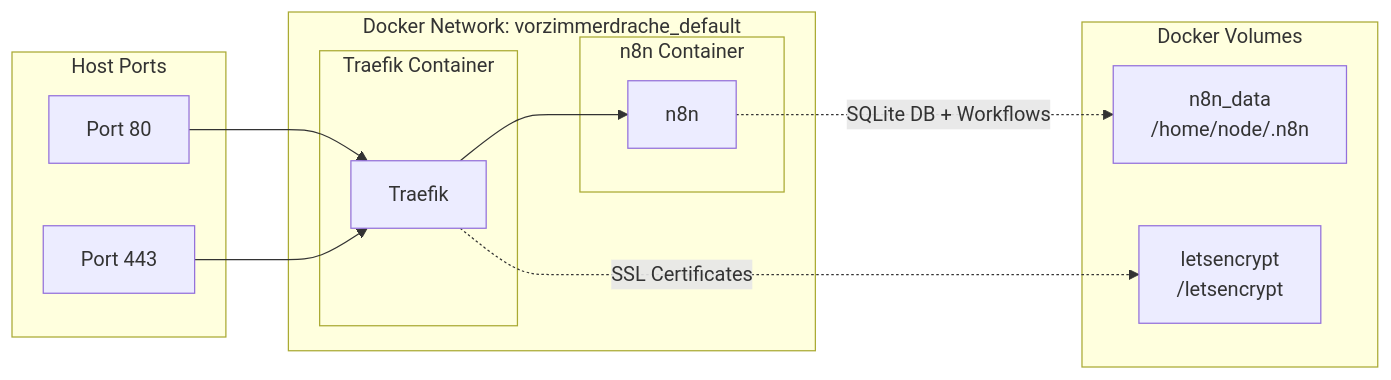
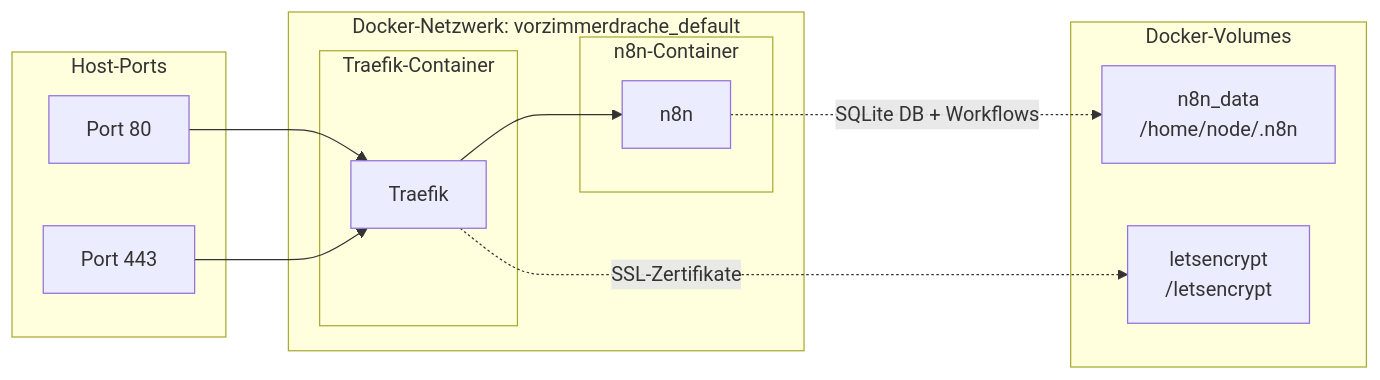
The second of 9 diagrams in ARCHITECTURE.md (avion23/meisteranruf-backend), drawn with Mermaid before and after one commit. The commit also changed other lines of this file and 3 other files, not shown here.

````diff
--- a/ARCHITECTURE.md
+++ b/ARCHITECTURE.md
@@ -61,29 +61,29 @@
 ```mermaid
 graph LR
-    subgraph docker_network["Docker Network: vorzimmerdrache_default"]
-        subgraph traefik["Traefik Container"]
+    subgraph docker_network["Docker-Netzwerk: vorzimmerdrache_default"]
+        subgraph traefik["Traefik-Container"]
             TR1[Traefik]
         end
         
-        subgraph n8n["n8n Container"]
+        subgraph n8n["n8n-Container"]
             N8N[n8n]
         end
     end
     
-    subgraph volumes["Docker Volumes"]
+    subgraph volumes["Docker-Volumes"]
         V1[n8n_data<br/>/home/node/.n8n]
         V2[letsencrypt<br/>/letsencrypt]
     end
     
-    subgraph ports["Host Ports"]
+    subgraph ports["Host-Ports"]
         P80[Port 80]
         P443[Port 443]
     end
     
     P80 --> TR1
     P443 --> TR1
     TR1 --> N8N
     
     N8N -.->|SQLite DB + Workflows| V1
-    TR1 -.->|SSL Certificates| V2
+    TR1 -.->|SSL-Zertifikate| V2
 ```
````
